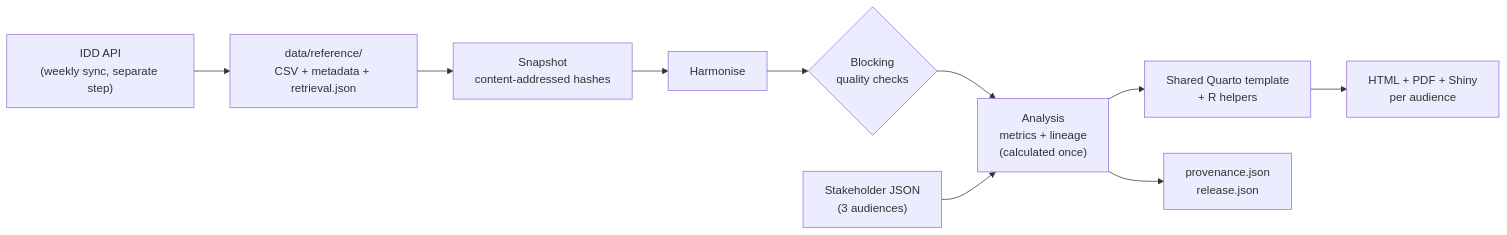
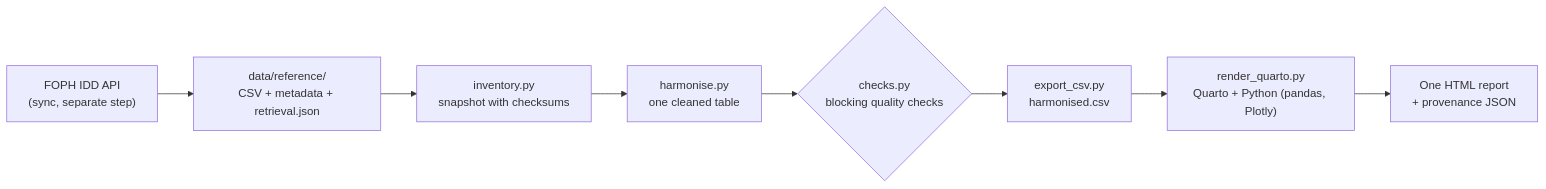
Before and after one commit to ODESA-OpSciHack26/Health_Report_Generator: the diagram in README.md, drawn with Mermaid. The commit also changed other lines of this file and 124 other files, not shown here.

````diff
--- a/README.md
+++ b/README.md
@@ -95,12 +88,10 @@
 ```mermaid
 flowchart LR
-  A["IDD API<br/>(weekly sync, separate step)"] --> B["data/reference/<br/>CSV + metadata + retrieval.json"]
-  B --> C["Snapshot<br/>content-addressed hashes"]
-  C --> D["Harmonise"]
-  D --> E{"Blocking<br/>quality checks"}
-  E --> F["Analysis<br/>metrics + lineage<br/>(calculated once)"]
-  P["Stakeholder JSON<br/>(3 audiences)"] --> F
-  F --> G["Shared Quarto template<br/>+ R helpers"]
-  G --> H["HTML + PDF + Shiny<br/>per audience"]
-  F --> I["provenance.json<br/>release.json"]
+  A["FOPH IDD API<br/>(sync, separate step)"] --> B["data/reference/<br/>CSV + metadata + retrieval.json"]
+  B --> C["inventory.py<br/>snapshot with checksums"]
+  C --> D["harmonise.py<br/>one cleaned table"]
+  D --> E{"checks.py<br/>blocking quality checks"}
+  E --> F["export_csv.py<br/>harmonised.csv"]
+  F --> G["render_quarto.py<br/>Quarto + Python (pandas, Plotly)"]
+  G --> H["One HTML report<br/>+ provenance JSON"]
 ```
````
